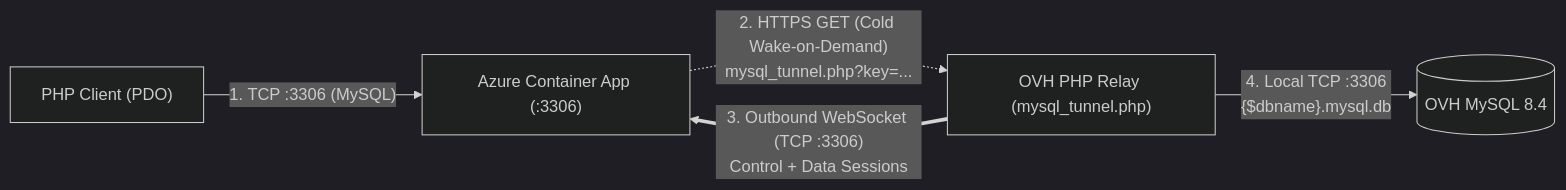
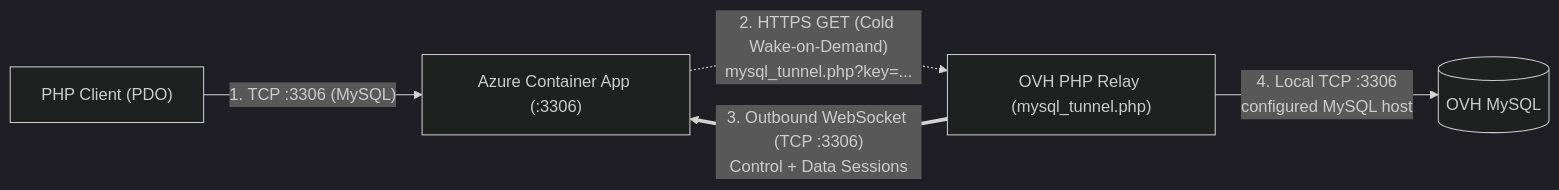
Before and after one commit to clysss/wsTunnelAzure: the diagram in README.md, drawn with Mermaid (dark theme). The commit also changed other lines of this file and 1 other file, not shown here.

Commit message:
Keep only the fixed-host MySQL bridge

````diff
--- a/README.md
+++ b/README.md
@@ -75,7 +75,7 @@
 ```mermaid
 flowchart LR
     Client["PHP Client (PDO)"] -- "1. TCP :3306 (MySQL)" --> Azure["Azure Container App (:3306)"]
     Azure -. "2. HTTPS GET (Cold Wake-on-Demand)<br/>mysql_tunnel.php?key=..." .-> OVH_PHP["OVH PHP Relay (mysql_tunnel.php)"]
     OVH_PHP == "3. Outbound WebSocket (TCP :3306)<br/>Control + Data Sessions" ==> Azure
-    OVH_PHP -- "4. Local TCP :3306<br/>{$dbname}.mysql.db" --> OVH_DB[("OVH MySQL 8.4")]
+    OVH_PHP -- "4. Local TCP :3306<br/>configured MySQL host" --> OVH_DB[("OVH MySQL")]
 ```
````
